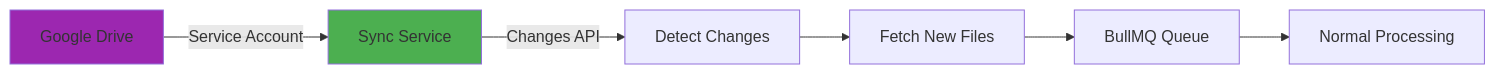
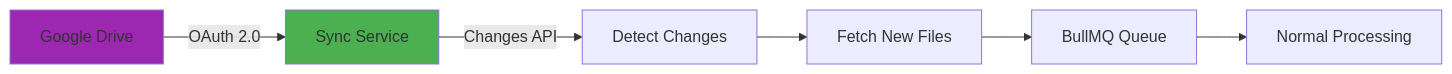
Before and after one commit to namtroi/RAGBase: the fifth of 7 diagrams in docs/architecture.md, drawn with Mermaid. The commit also changed other lines of this file and 36 other files, not shown here.

````diff
--- a/docs/architecture.md
+++ b/docs/architecture.md
@@ -184,11 +185,11 @@
 ```mermaid
 graph LR
-    Drive[Google Drive] -->|Service Account| Sync[Sync Service]
+    Drive[Google Drive] -->|OAuth 2.0| Sync[Sync Service]
     Sync -->|Changes API| Detect[Detect Changes]
     Detect --> Fetch[Fetch New Files]
     Fetch --> Queue[BullMQ Queue]
     Queue --> Process[Normal Processing]
     
     style Drive fill:#9C27B0
     style Sync fill:#4CAF50
 ```
````
